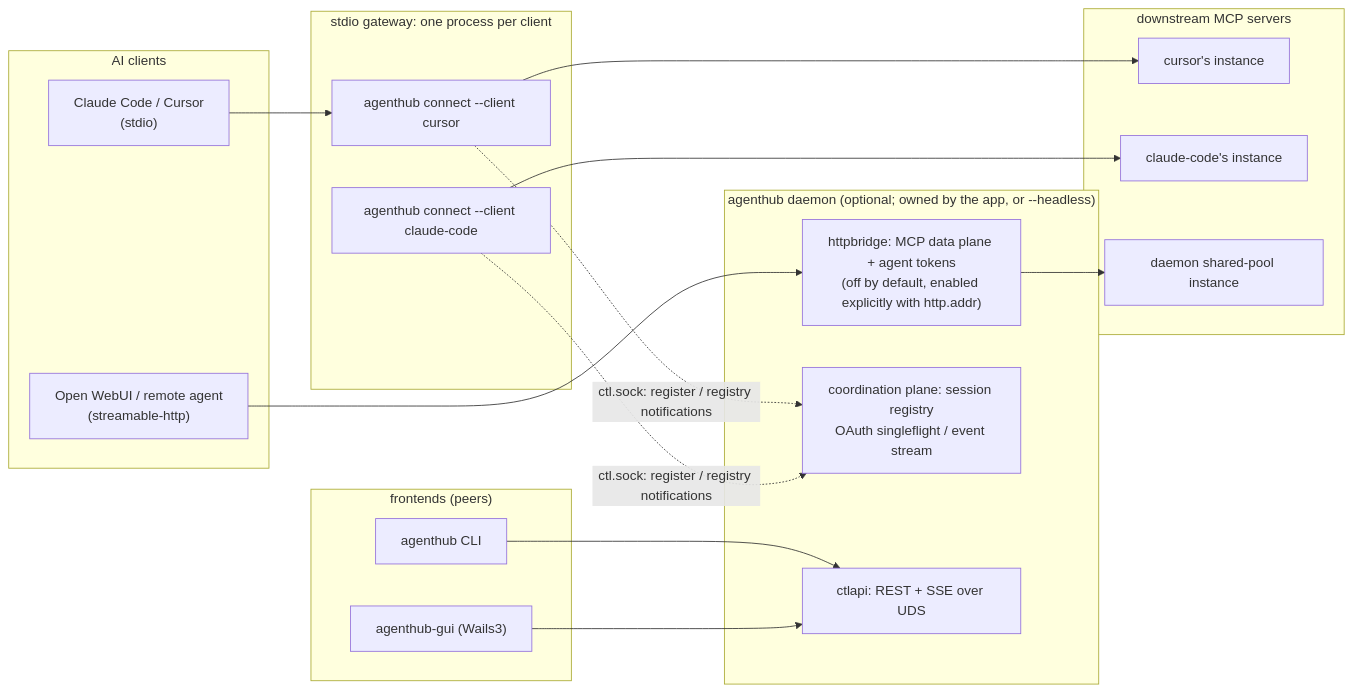
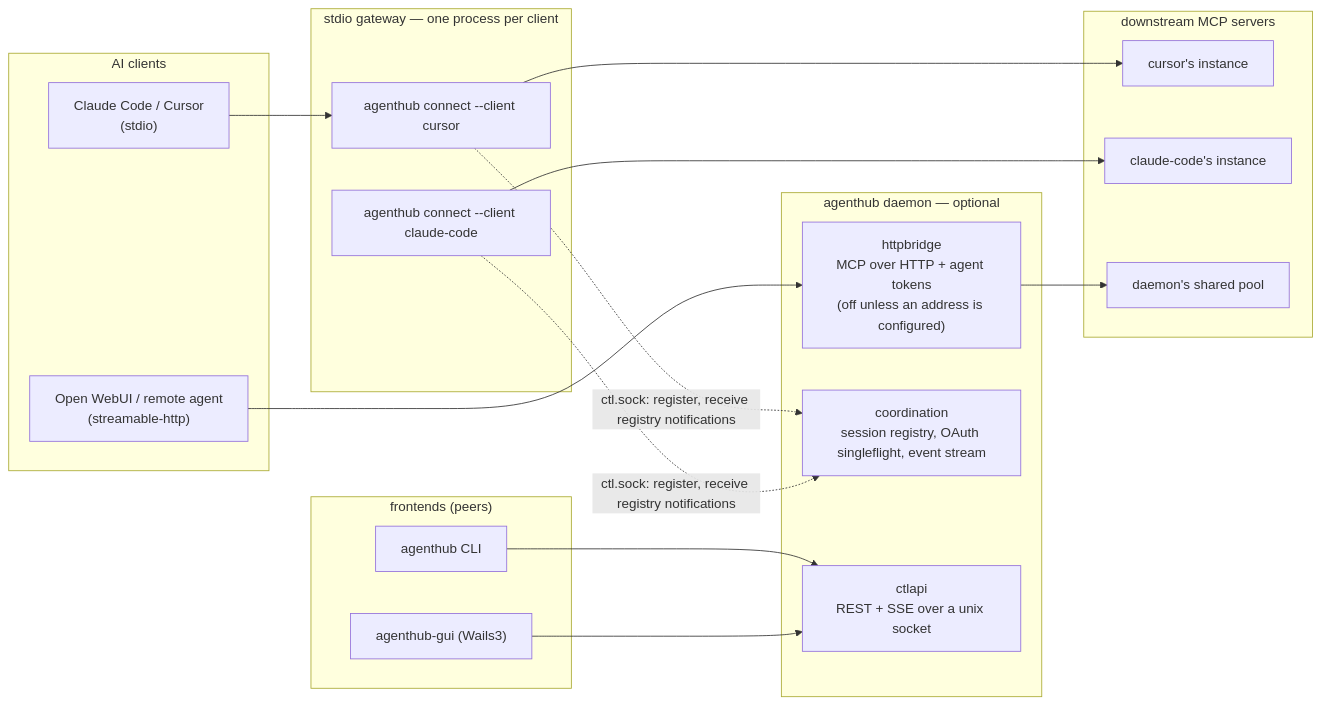
The first of 6 diagrams in docs/architecture.md (dinstein/agent-hub), drawn with Mermaid before and after one commit. The commit also changed other lines of this file and 90 other files, not shown here.

First line of the commit message:
docs: rewrite architecture, and cite sections by name

````diff
--- a/docs/architecture.md
+++ b/docs/architecture.md
@@ -23,33 +13,33 @@
 ```mermaid
 flowchart LR
     subgraph clients["AI clients"]
         C1["Claude Code / Cursor<br/>(stdio)"]
         C2["Open WebUI / remote agent<br/>(streamable-http)"]
     end
-    subgraph gws["stdio gateway: one process per client"]
+    subgraph gws["stdio gateway — one process per client"]
         G1["agenthub connect --client cursor"]
         G2["agenthub connect --client claude-code"]
     end
-    subgraph daemon["agenthub daemon (optional; owned by the app, or --headless)"]
-        H["httpbridge: MCP data plane + agent tokens<br/>(off by default, enabled explicitly with http.addr)"]
-        CO["coordination plane: session registry<br/>OAuth singleflight / event stream"]
-        CP["ctlapi: REST + SSE over UDS"]
+    subgraph daemon["agenthub daemon — optional"]
+        H["httpbridge<br/>MCP over HTTP + agent tokens<br/>(off unless an address is configured)"]
+        CO["coordination<br/>session registry, OAuth singleflight, event stream"]
+        CP["ctlapi<br/>REST + SSE over a unix socket"]
     end
     subgraph front["frontends (peers)"]
         CLI["agenthub CLI"]
         GUI["agenthub-gui (Wails3)"]
     end
     subgraph down["downstream MCP servers"]
         D1["cursor's instance"]
         D2["claude-code's instance"]
-        D3["daemon shared-pool instance"]
+        D3["daemon's shared pool"]
     end
     C1 --> G1
     C2 --> H
     G1 --> D1
     G2 --> D2
     H --> D3
-    G1 & G2 -.->|"ctl.sock: register / registry notifications"| CO
+    G1 & G2 -.->|"ctl.sock: register, receive registry notifications"| CO
     CLI --> CP
     GUI --> CP
 ```
````
